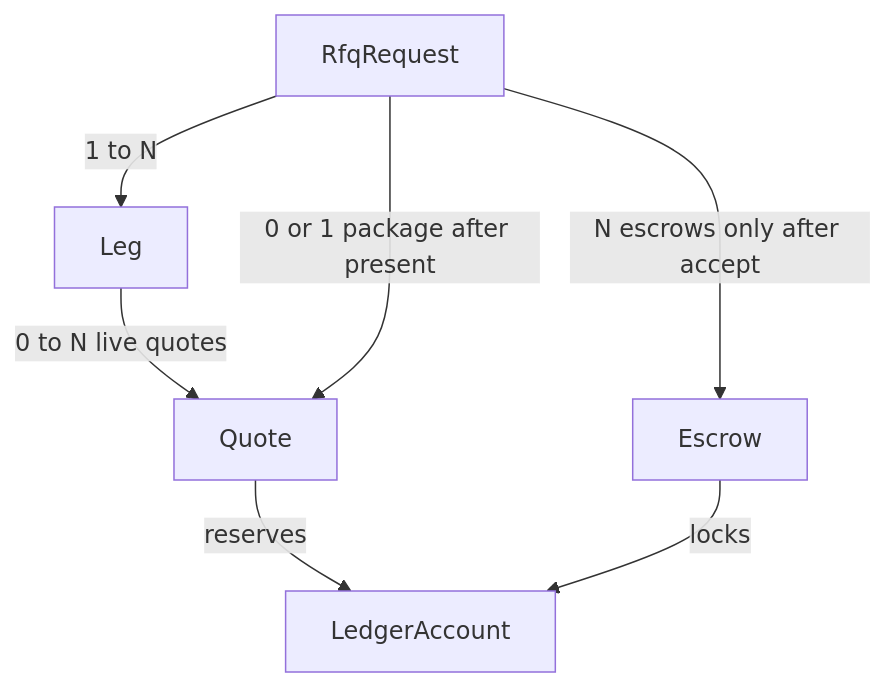
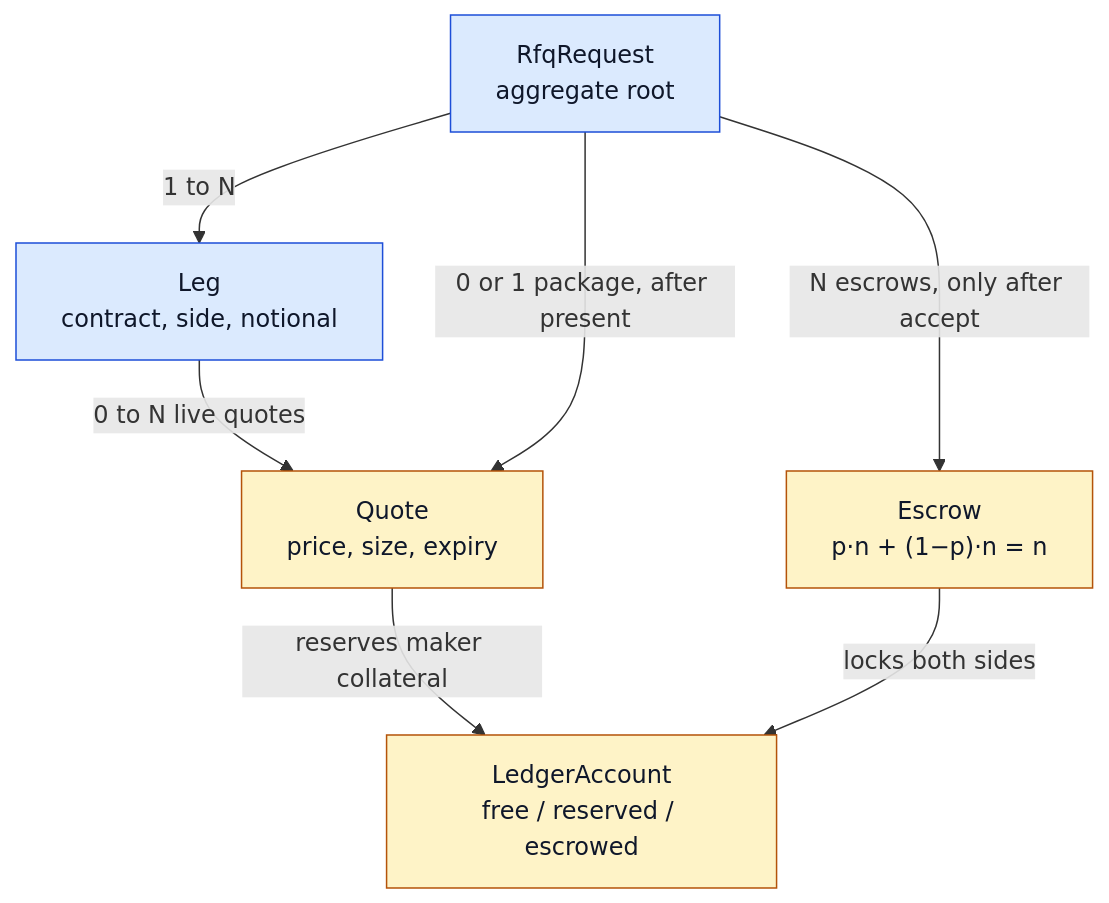
One commit to SwineCoder101/rfq-matching-settlement-engine changed the first of 5 diagrams in docs/ARCHITECTURE.md. Above: the diagram before and after it, drawn with Mermaid. The commit also changed other lines of this file and 13 other files, not shown here.

````diff
--- a/docs/ARCHITECTURE.md
+++ b/docs/ARCHITECTURE.md
@@ -9,15 +9,20 @@
 ```mermaid
 flowchart TB
-    Request["RfqRequest"]
-    Leg["Leg"]
-    Quote["Quote"]
-    Escrow["Escrow"]
-    Ledger["LedgerAccount"]
+    Request["RfqRequest<br/>aggregate root"]
+    Leg["Leg<br/>contract, side, notional"]
+    Quote["Quote<br/>price, size, expiry"]
+    Escrow["Escrow<br/>p·n + (1−p)·n = n"]
+    Ledger["LedgerAccount<br/>free / reserved / escrowed"]
 
     Request -->|"1 to N"| Leg
     Leg -->|"0 to N live quotes"| Quote
-    Request -->|"0 or 1 package after present"| Quote
-    Request -->|"N escrows only after accept"| Escrow
-    Quote -->|"reserves"| Ledger
-    Escrow -->|"locks"| Ledger
+    Request -->|"0 or 1 package, after present"| Quote
+    Request -->|"N escrows, only after accept"| Escrow
+    Quote -->|"reserves maker collateral"| Ledger
+    Escrow -->|"locks both sides"| Ledger
+
+    classDef inflight fill:#dbeafe,stroke:#1d4ed8,color:#0f172a;
+    classDef money fill:#fef3c7,stroke:#b45309,color:#0f172a;
+    class Request,Leg inflight;
+    class Quote,Escrow,Ledger money;
 ```
````
